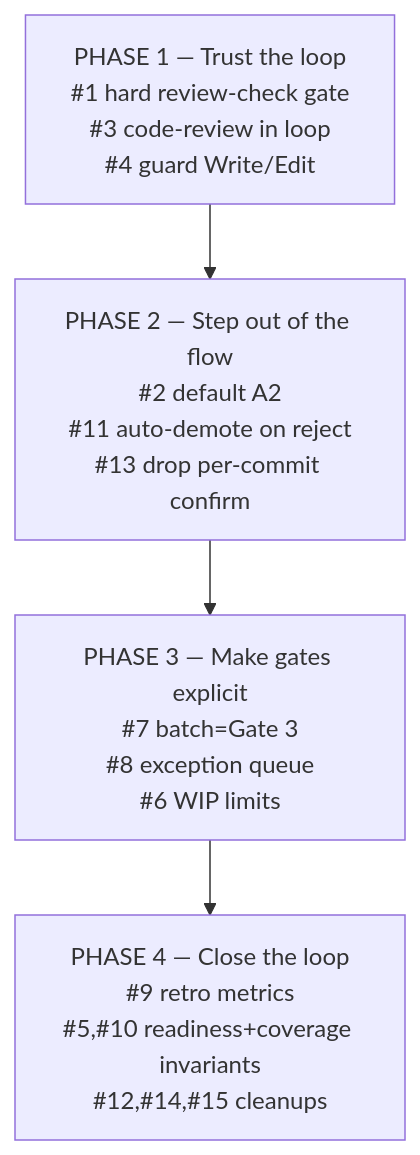
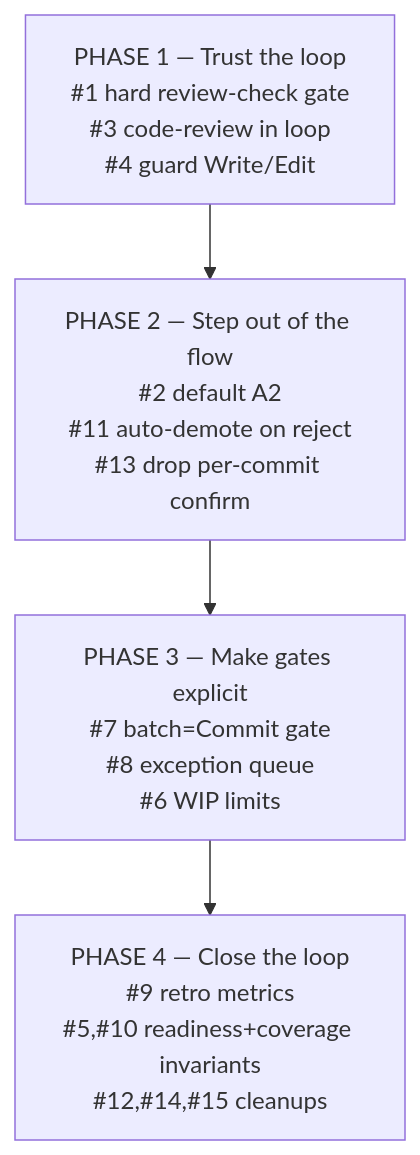
Before and after one commit to muxare/stock-screener: the eighth of 10 diagrams in docs/work-process-analysis.md, drawn with Mermaid. The commit also changed other lines of this file and 20 other files, not shown here.

````diff
--- a/docs/work-process-analysis.md
+++ b/docs/work-process-analysis.md
@@ -432,7 +432,7 @@
 ```mermaid
 flowchart TD
     P1["PHASE 1 — Trust the loop\n#1 hard review-check gate\n#3 code-review in loop\n#4 guard Write/Edit"] --> P2
     P2["PHASE 2 — Step out of the flow\n#2 default A2\n#11 auto-demote on reject\n#13 drop per-commit confirm"] --> P3
-    P3["PHASE 3 — Make gates explicit\n#7 batch=Gate 3\n#8 exception queue\n#6 WIP limits"] --> P4
+    P3["PHASE 3 — Make gates explicit\n#7 batch=Commit gate\n#8 exception queue\n#6 WIP limits"] --> P4
     P4["PHASE 4 — Close the loop\n#9 retro metrics\n#5,#10 readiness+coverage invariants\n#12,#14,#15 cleanups"]
 ```
````
